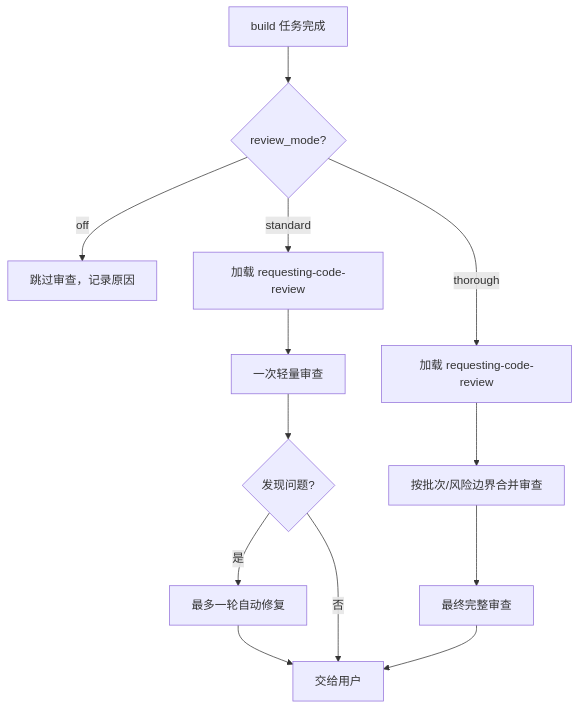
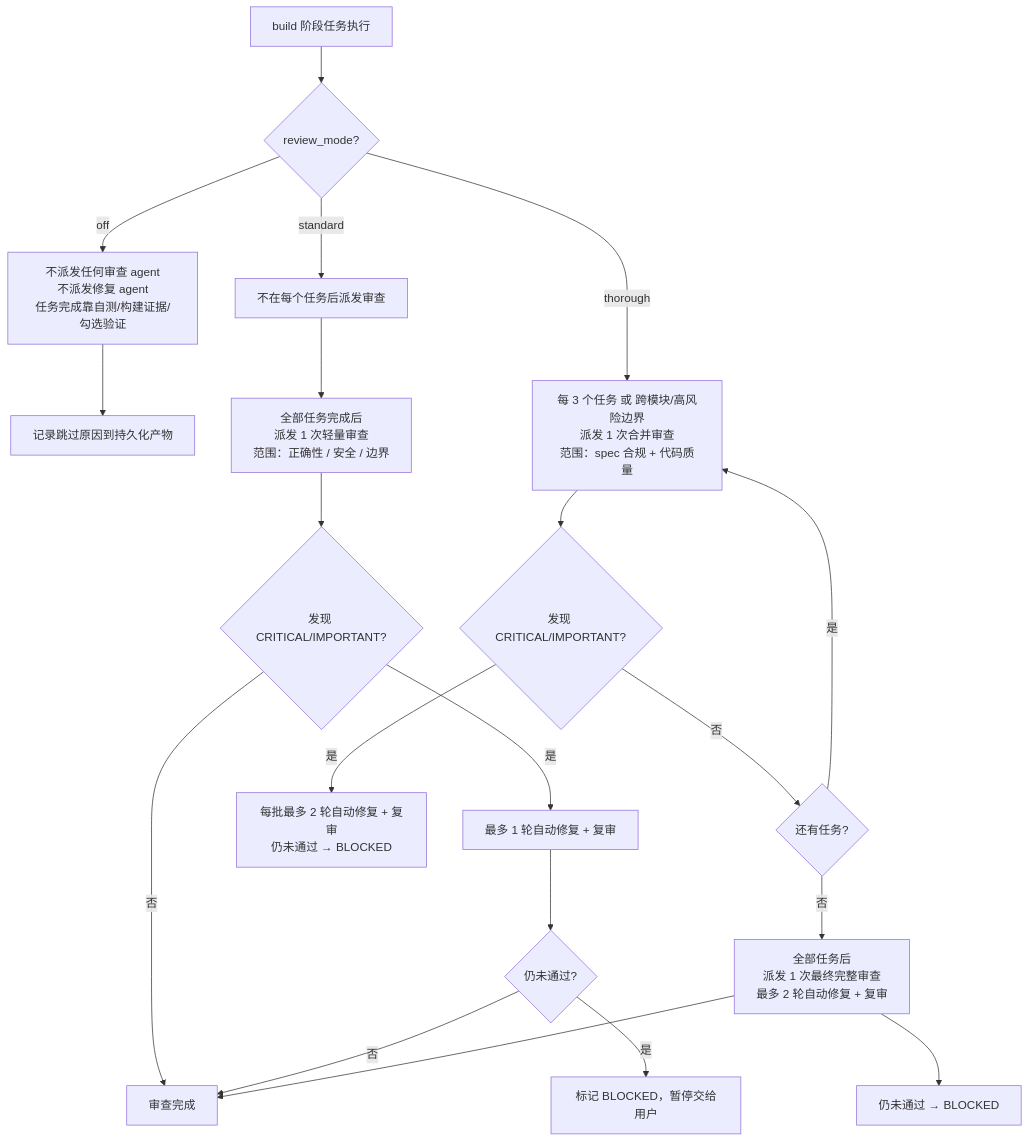
One commit to rpamis/comet-website-docs changed the diagram in zh/concepts/review-mode.mdx. Above: the diagram before and after it, drawn with Mermaid. The commit also changed other lines of this file, not shown here.

First line of the commit message:
docs(zh): detail review-mode with exact rounds, caps, speed/token impact

````diff
--- a/zh/concepts/review-mode.mdx
+++ b/zh/concepts/review-mode.mdx
@@ -68,15 +12,25 @@
 ```mermaid
 flowchart TD
-  A["build 任务完成"] --> B{"review_mode?"}
-  B -->|off| C["跳过审查，记录原因"]
-  B -->|standard| D["加载 requesting-code-review"]
-  D --> E["一次轻量审查"]
-  E --> F{"发现问题?"}
-  F -->|是| G["最多一轮自动修复"]
-  G --> H["交给用户"]
-  F -->|否| H
-  B -->|thorough| I["加载 requesting-code-review"]
-  I --> J["按批次/风险边界合并审查"]
-  J --> K["最终完整审查"]
-  K --> H
+    Start["build 阶段任务执行"] --> Q{"review_mode?"}
+
+    Q -->|off| OFF["不派发任何审查 agent<br/>不派发修复 agent<br/>任务完成靠自测/构建证据/勾选验证"]
+    OFF --> OFFR["记录跳过原因到持久化产物"]
+
+    Q -->|standard| STD["不在每个任务后派发审查"]
+    STD --> STDF["全部任务完成后<br/>派发 1 次轻量审查<br/>范围：正确性 / 安全 / 边界"]
+    STDF --> STDFX{"发现 CRITICAL/IMPORTANT?"}
+    STDFX -->|否| DONE["审查完成"]
+    STDFX -->|是| STDFIX["最多 1 轮自动修复 + 复审"]
+    STDFIX --> STDFIXQ{"仍未通过?"}
+    STDFIXQ -->|是| BLOCKED["标记 BLOCKED，暂停交给用户"]
+    STDFIXQ -->|否| DONE
+
+    Q -->|thorough| TH["每 3 个任务 或 跨模块/高风险边界<br/>派发 1 次合并审查<br/>范围：spec 合规 + 代码质量"]
+    TH --> THFIX{"发现 CRITICAL/IMPORTANT?"}
+    THFIX -->|是| THFIXR["每批最多 2 轮自动修复 + 复审<br/>仍未通过 → BLOCKED"]
+    THFIX -->|否| THNEXT{"还有任务?"}
+    THNEXT -->|是| TH
+    THNEXT -->|否| THFINAL["全部任务后<br/>派发 1 次最终完整审查<br/>最多 2 轮自动修复 + 复审"]
+    THFINAL --> BLOCKED2["仍未通过 → BLOCKED"]
+    THFINAL --> DONE
 ```
````
